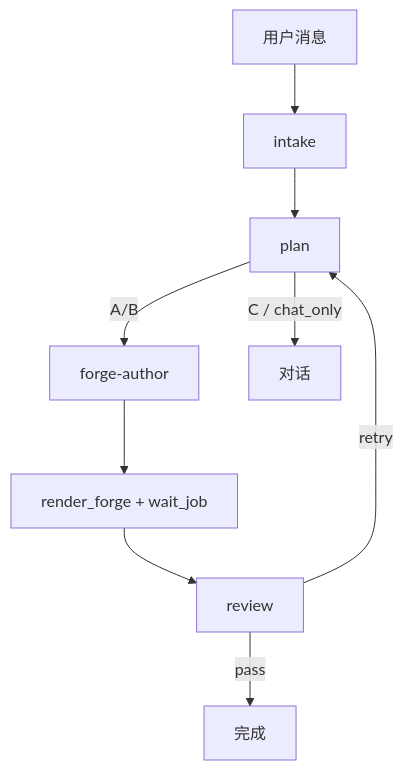
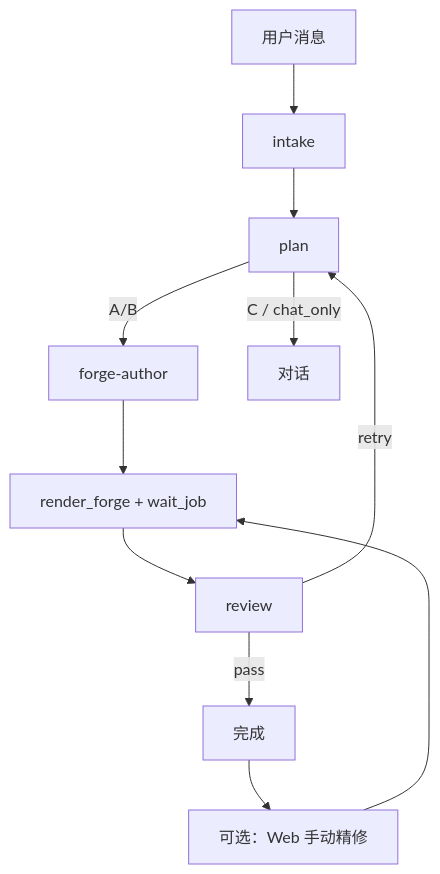
The diagram in docs/design-pipeline.md (manwjh/Notion3D), drawn with Mermaid before and after one commit. The commit also changed other lines of this file and 10 other files, not shown here.

````diff
--- a/docs/design-pipeline.md
+++ b/docs/design-pipeline.md
@@ -7,11 +7,13 @@
 ```mermaid
 flowchart TD
   U[用户消息] --> I[intake]
   I --> P[plan]
   P -->|A/B| A[forge-author]
   P -->|C / chat_only| Chat[对话]
   A --> R[render_forge + wait_job]
   R --> V[review]
   V -->|pass| Done[完成]
   V -->|retry| P
+  Done --> Manual[可选：Web 手动精修]
+  Manual --> R
 ```
````
